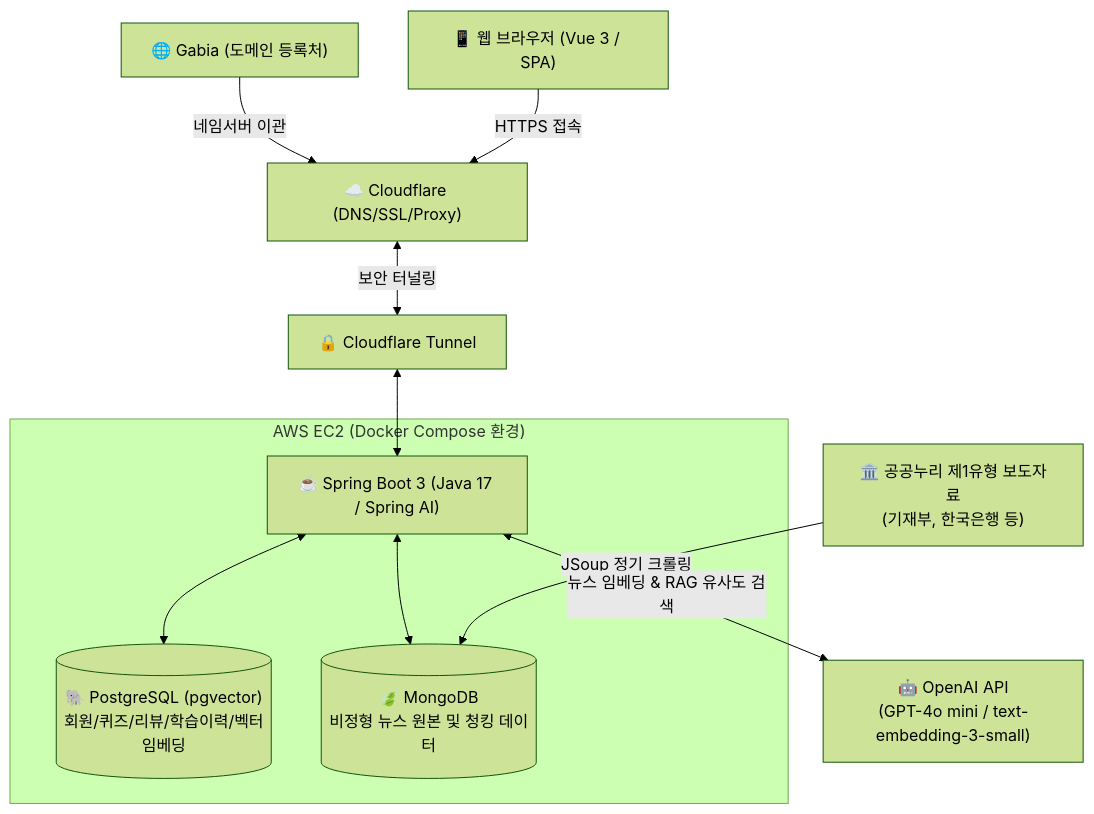
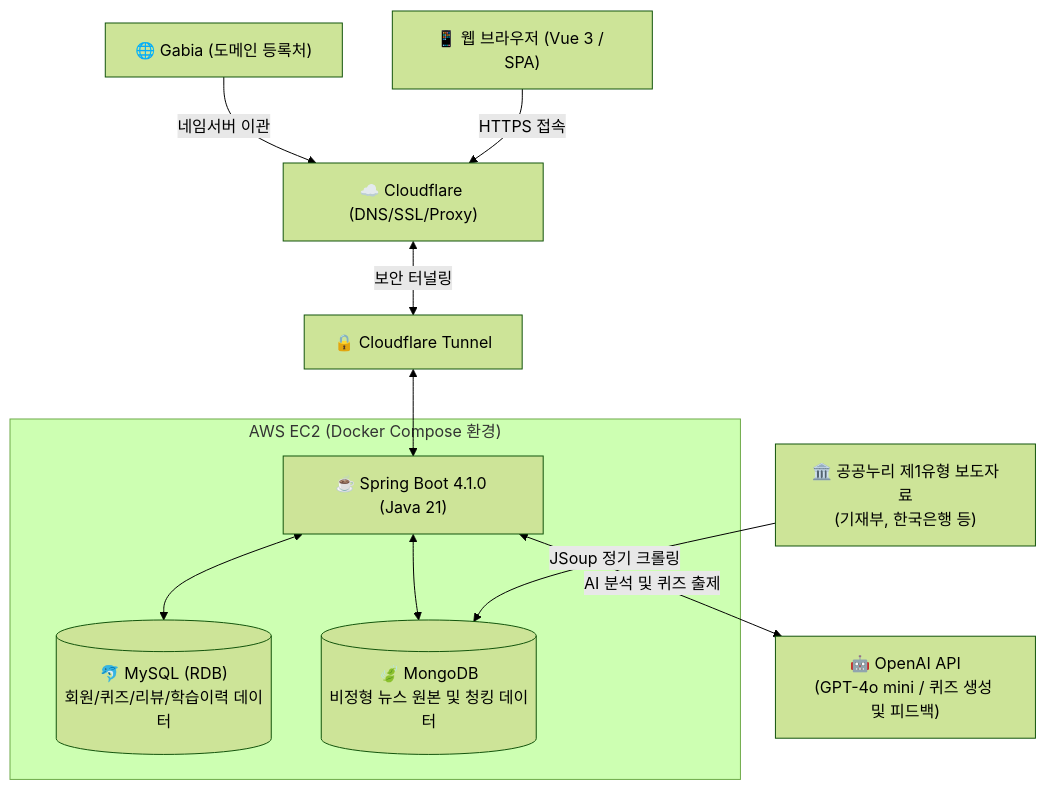
One commit to Sungw0o/Newsense changed the diagram in README.md. Above: the diagram before and after it, drawn with Mermaid (forest theme). The commit also changed other lines of this file and 1 other file, not shown here.

Commit message:
📝 docs : 실제 백엔드 의존성 기준(Java 21, Spring Boot 4.1.0, MySQL)으로 문서 최신화

````diff
--- a/README.md
+++ b/README.md
@@ -45,31 +45,31 @@
 ```mermaid
 graph TD
     %% 외부 및 DNS 레이어
     Gabia["🌐 Gabia (도메인 등록처)"]
     CF["☁️ Cloudflare (DNS/SSL/Proxy)"]
     CFTunnel["🔒 Cloudflare Tunnel"]
 
     %% 클라이언트 레이어
     Client["📱 웹 브라우저 (Vue 3 / SPA)"]
 
     %% 백엔드 및 인프라 레이어
     subgraph Server["AWS EC2 (Docker Compose 환경)"]
-        Backend["☕ Spring Boot 3 (Java 17 / Spring AI)"]
-        PostgreSQL[("🐘 PostgreSQL (pgvector)<br>회원/퀴즈/리뷰/학습이력/벡터임베딩")]
+        Backend["☕ Spring Boot 4.1.0 (Java 21)"]
+        MySQL[("🐬 MySQL (RDB)<br>회원/퀴즈/리뷰/학습이력 데이터")]
         MongoDB[("🍃 MongoDB<br>비정형 뉴스 원본 및 청킹 데이터")]
     end
 
     %% 외부 API 및 데이터 소스
-    OpenAI["🤖 OpenAI API<br>(GPT-4o mini / text-embedding-3-small)"]
+    OpenAI["🤖 OpenAI API<br>(GPT-4o mini / 퀴즈 생성 및 피드백)"]
     GovData["🏛️ 공공누리 제1유형 보도자료<br>(기재부, 한국은행 등)"]
 
     %% 흐름 연결
     Gabia -->|네임서버 이관| CF
     Client -->|HTTPS 접속| CF
     CF <-->|보안 터널링| CFTunnel
     CFTunnel <--> Backend
-    Backend <--> PostgreSQL
+    Backend <--> MySQL
     Backend <--> MongoDB
     GovData -->|JSoup 정기 크롤링| MongoDB
-    Backend <-->|뉴스 임베딩 & RAG 유사도 검색| OpenAI
+    Backend <-->|AI 분석 및 퀴즈 출제| OpenAI
 ```
````
